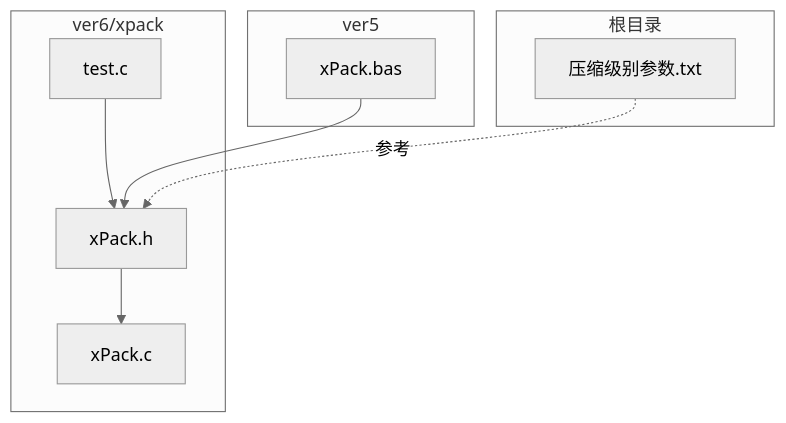
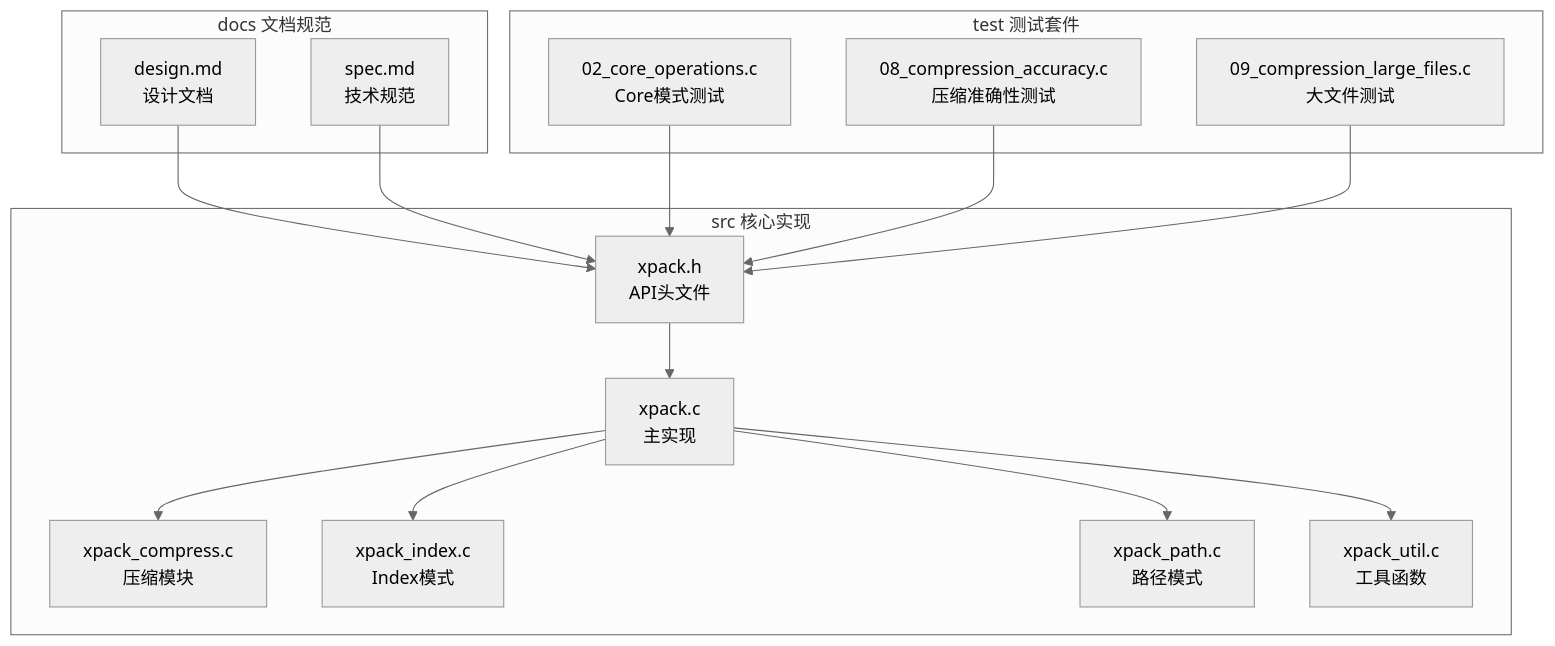
The first of 7 diagrams in .qoder/repowiki/zh/content/文件包模式详解/文件包模式详解.md (xywhsoft/xpack), drawn with Mermaid (neutral theme) before and after one commit. The commit also changed other lines of this file and 23 other files, not shown here.

````diff
--- a/.qoder/repowiki/zh/content/文件包模式详解/文件包模式详解.md
+++ b/.qoder/repowiki/zh/content/文件包模式详解/文件包模式详解.md
@@ -32,18 +51,30 @@
 ```mermaid
 graph TB
-subgraph "ver6/xpack"
-H["xPack.h"]
-C["xPack.c"]
-T["test.c"]
+subgraph "src 核心实现"
+H["xpack.h<br/>API头文件"]
+C["xpack.c<br/>主实现"]
+COMP["xpack_compress.c<br/>压缩模块"]
+IDX["xpack_index.c<br/>Index模式"]
+PATH["xpack_path.c<br/>路径模式"]
+UTIL["xpack_util.c<br/>工具函数"]
 end
-subgraph "ver5"
-B["xPack.bas"]
+subgraph "docs 文档规范"
+DESIGN["design.md<br/>设计文档"]
+SPEC["spec.md<br/>技术规范"]
 end
-subgraph "根目录"
-P["压缩级别参数.txt"]
+subgraph "test 测试套件"
+CORE["02_core_operations.c<br/>Core模式测试"]
+ACC["08_compression_accuracy.c<br/>压缩准确性测试"]
+LARGE["09_compression_large_files.c<br/>大文件测试"]
 end
 H --> C
-T --> H
-B --> H
-P -. 参考 .-> H
+C --> COMP
+C --> IDX
+C --> PATH
+C --> UTIL
+DESIGN --> H
+SPEC --> H
+CORE --> H
+ACC --> H
+LARGE --> H
 ```
````
